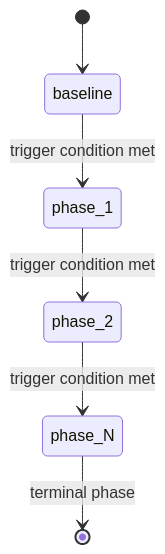
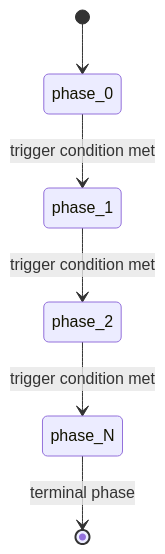
One commit to thoughtgate/thoughtjack changed the first of 2 diagrams in docs-site/docs/explanation/phase-engine.mdx. Above: the diagram before and after it, drawn with Mermaid. The commit also changed other lines of this file and 23 other files, not shown here.

First line of the commit message:
docs: update docs content to reflect OATF multi-protocol architecture

````diff
--- a/docs-site/docs/explanation/phase-engine.mdx
+++ b/docs-site/docs/explanation/phase-engine.mdx
@@ -17,8 +17,8 @@
 ```mermaid
 stateDiagram-v2
-    [*] --> baseline
-    baseline --> phase_1: trigger condition met
+    [*] --> phase_0
+    phase_0 --> phase_1: trigger condition met
     phase_1 --> phase_2: trigger condition met
     phase_2 --> phase_N: trigger condition met
     phase_N --> [*]: terminal phase
 ```
````
